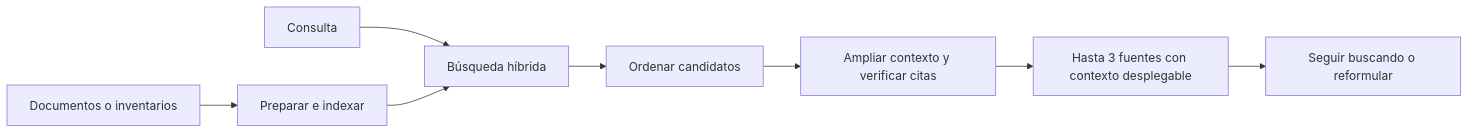
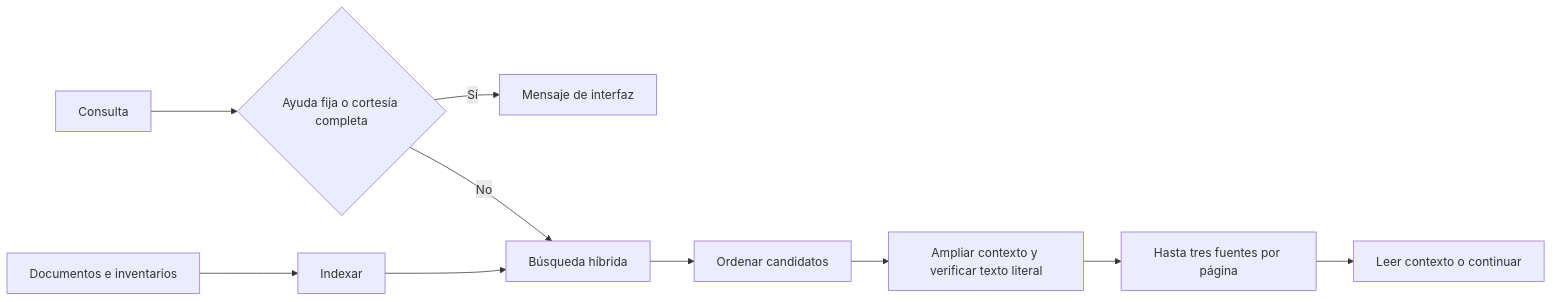
Before and after one commit to ClaudioH19/ipsis: the diagram in README.es.md, drawn with Mermaid. The commit also changed other lines of this file and 47 other files, not shown here.

````diff
--- a/README.es.md
+++ b/README.es.md
@@ -394,10 +124,12 @@
 ```mermaid
 flowchart LR
-    D[Documentos o inventarios] --> I[Preparar e indexar]
-    P[Consulta] --> R[Búsqueda híbrida]
+    Q[Consulta] --> H{Ayuda fija o cortesía completa}
+    H -- Sí --> M[Mensaje de interfaz]
+    H -- No --> R[Búsqueda híbrida]
+    D[Documentos e inventarios] --> I[Indexar]
     I --> R
     R --> O[Ordenar candidatos]
-    O --> C[Ampliar contexto y verificar citas]
-    C --> V[Hasta 3 fuentes con contexto desplegable]
-    V --> S[Seguir buscando o reformular]
+    O --> C[Ampliar contexto y verificar texto literal]
+    C --> V[Hasta tres fuentes por página]
+    V --> S[Leer contexto o continuar]
 ```
````
